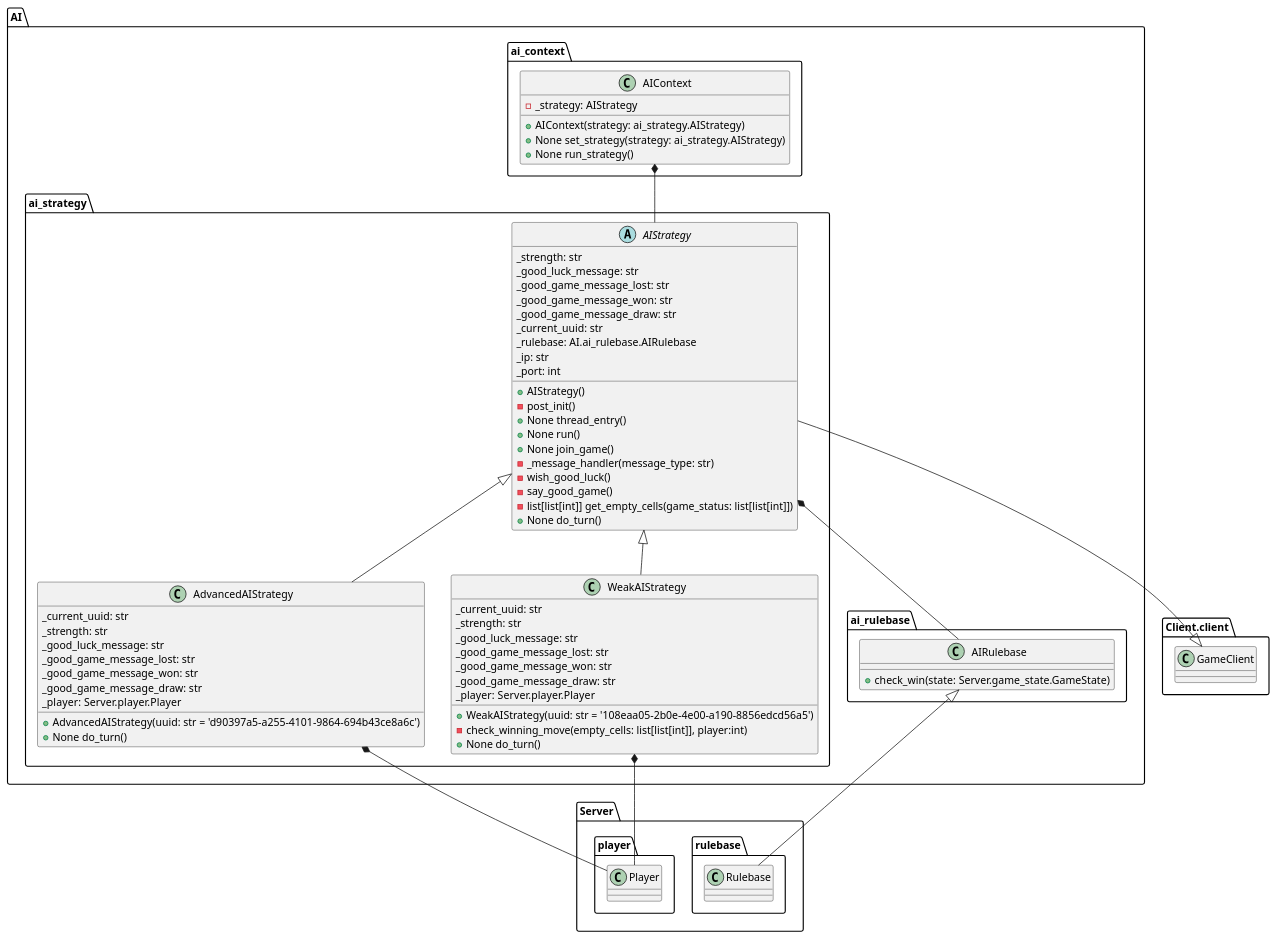
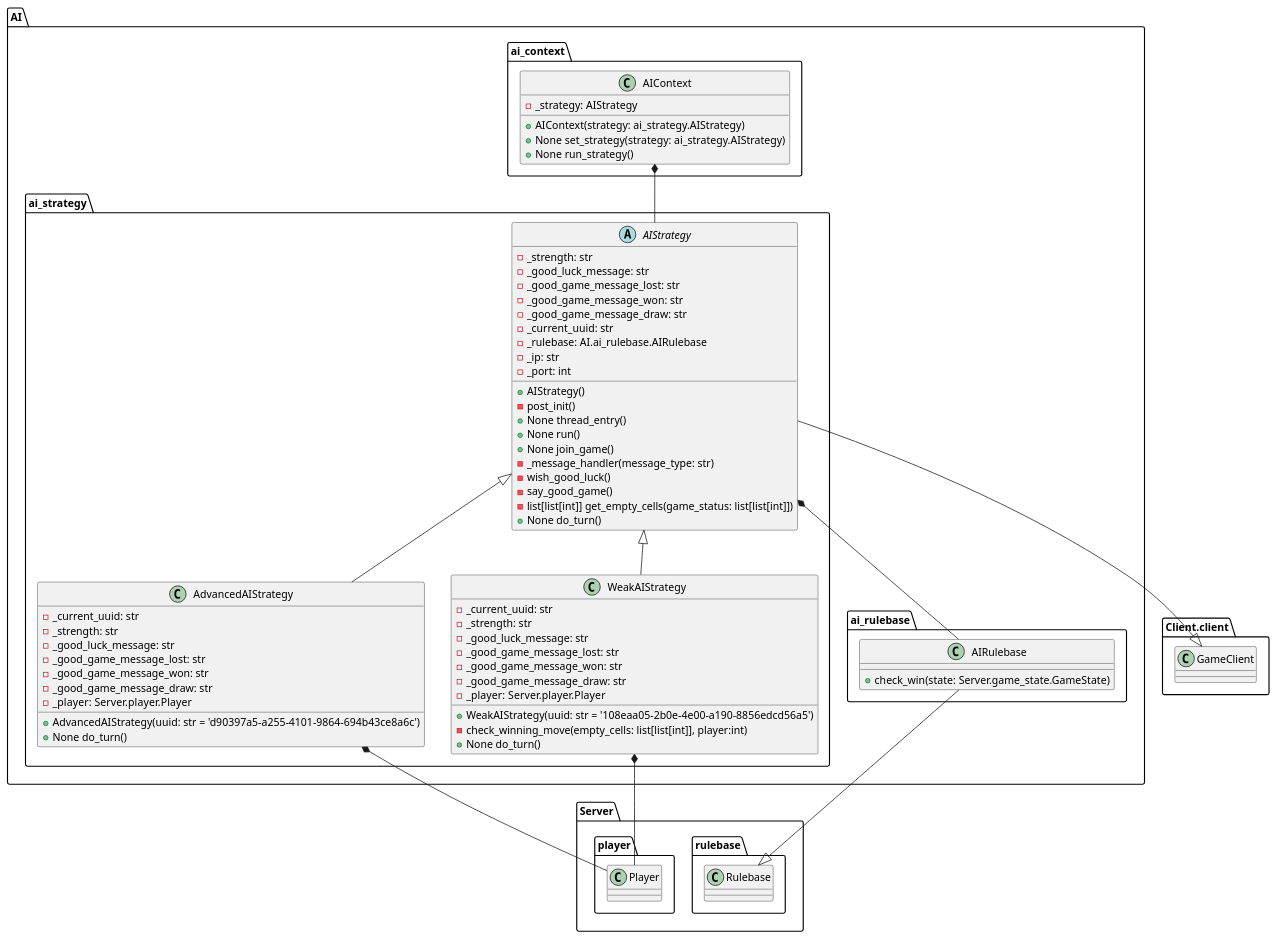
One commit to TINF21CS1/TicTacToeKojote changed the diagram in docs/class_diagrams/AI.puml. Above: the diagram before and after it, drawn with PlantUML. The commit also changed 1 other file, not shown here.

Commit message:
Docs(class-diagrams): Modified AI class diagram and removed duplicate

```diff
--- a/docs/class_diagrams/AI.puml
+++ b/docs/class_diagrams/AI.puml
@@ -1,74 +1,74 @@
 @startuml AI
 !pragma useIntermediatePackages false
 
 class AI.ai_context.AIContext {
    - _strategy: AIStrategy
 
     + AIContext(strategy: ai_strategy.AIStrategy)
     + None set_strategy(strategy: ai_strategy.AIStrategy)
     + None run_strategy()
 }
 class AI.ai_rulebase.AIRulebase {
     + check_win(state: Server.game_state.GameState)
 }
 abstract class AI.ai_strategy.AIStrategy {
-  _strength: str
-  _good_luck_message: str
-  _good_game_message_lost: str
-  _good_game_message_won: str
-  _good_game_message_draw: str
-  _current_uuid: str
-  _rulebase: AI.ai_rulebase.AIRulebase
-  _ip: str
-  _port: int
+  - _strength: str
+  - _good_luck_message: str
+  - _good_game_message_lost: str
+  - _good_game_message_won: str
+  - _good_game_message_draw: str
+  - _current_uuid: str
+  - _rulebase: AI.ai_rulebase.AIRulebase
+  - _ip: str
+  - _port: int
 
   + AIStrategy()
   - post_init()
   + None thread_entry()
   + None run()
   + None join_game()
   - _message_handler(message_type: str)
   - wish_good_luck()
   - say_good_game()
   - list[list[int]] get_empty_cells(game_status: list[list[int]])
   + None do_turn()
 }
 
 class AI.ai_strategy.AdvancedAIStrategy {
-  _current_uuid: str
-  _strength: str
-  _good_luck_message: str
-  _good_game_message_lost: str
-  _good_game_message_won: str
-  _good_game_message_draw: str
-  _player: Server.player.Player
+  - _current_uuid: str
+  - _strength: str
+  - _good_luck_message: str
+  - _good_game_message_lost: str
+  - _good_game_message_won: str
+  - _good_game_message_draw: str
+  - _player: Server.player.Player
 
   + AdvancedAIStrategy(uuid: str = 'd90397a5-a255-4101-9864-694b43ce8a6c')
   + None do_turn()
 }
 
 class AI.ai_strategy.WeakAIStrategy {
-  _current_uuid: str
-  _strength: str
-  _good_luck_message: str
-  _good_game_message_lost: str
-  _good_game_message_won: str
-  _good_game_message_draw: str
-  _player: Server.player.Player
+  - _current_uuid: str
+  - _strength: str
+  - _good_luck_message: str
+  - _good_game_message_lost: str
+  - _good_game_message_won: str
+  - _good_game_message_draw: str
+  - _player: Server.player.Player
 
     + WeakAIStrategy(uuid: str = '108eaa05-2b0e-4e00-a190-8856edcd56a5')
     - check_winning_move(empty_cells: list[list[int]], player:int)
     + None do_turn()
 }
 
 AI.ai_context.AIContext *-- AI.ai_strategy.AIStrategy
 AI.ai_strategy.AIStrategy <|-- AI.ai_strategy.AdvancedAIStrategy
 AI.ai_strategy.AIStrategy <|-- AI.ai_strategy.WeakAIStrategy
 AI.ai_strategy.AIStrategy *-- AI.ai_rulebase.AIRulebase
 AI.ai_strategy.AIStrategy --|> Client.client.GameClient
-AI.ai_rulebase.AIRulebase <|-- Server.rulebase.Rulebase
+AI.ai_rulebase.AIRulebase --|> Server.rulebase.Rulebase
 
 AI.ai_strategy.AdvancedAIStrategy *-- Server.player.Player
 AI.ai_strategy.WeakAIStrategy *-- Server.player.Player
 
 @enduml
```
